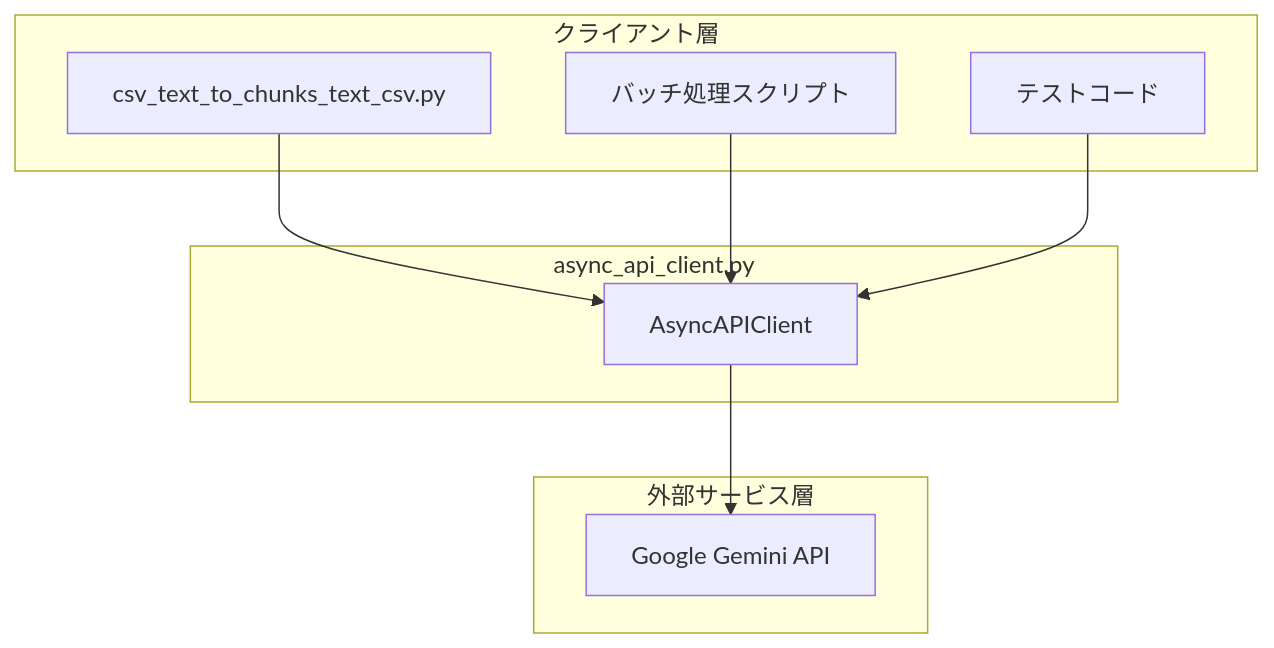
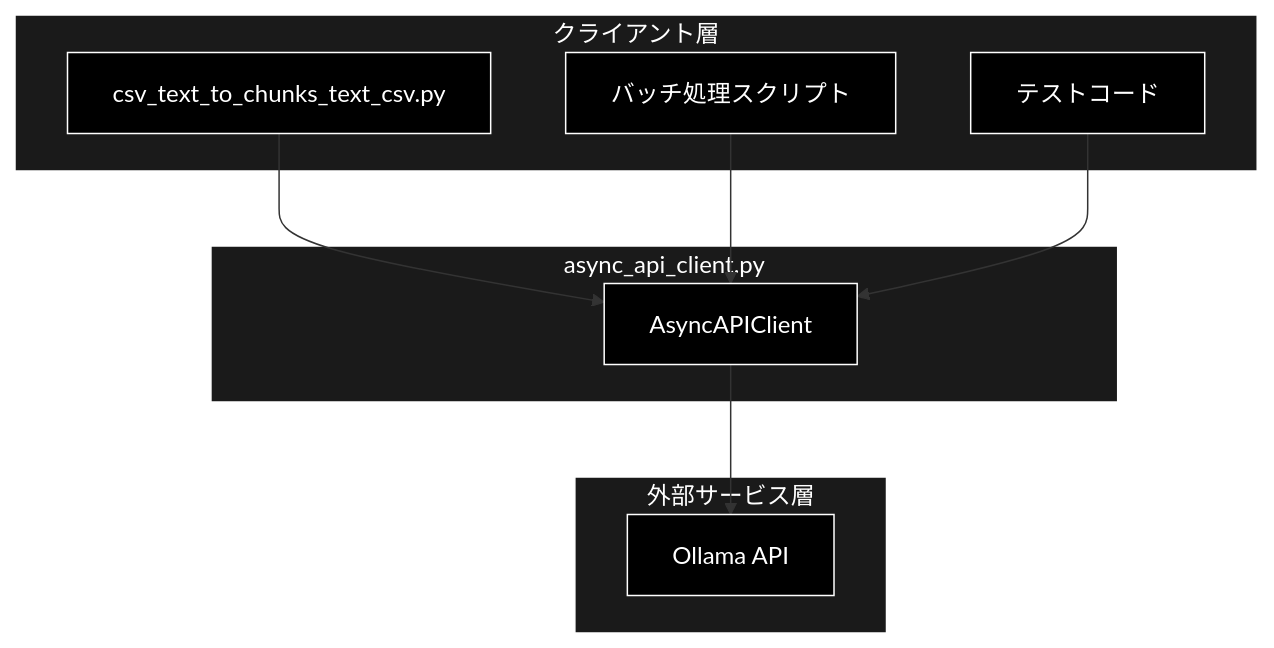
Before and after one commit to nakashima2toshio/ollama_grace_agent_v2: the first of 5 diagrams in chunking/doc/async_api_client.md, drawn with Mermaid. The commit also changed other lines of this file and 13 other files, not shown here.

First line of the commit message:
chunking: Ollama ネイティブ化（コード/コメント/ドキュメントの Gemini→Ollama 全面置換）

````diff
--- a/chunking/doc/async_api_client.md
+++ b/chunking/doc/async_api_client.md
@@ -54,21 +57,27 @@
 ```mermaid
 flowchart TB
     subgraph CLIENT["クライアント層"]
         CHUNKER[csv_text_to_chunks_text_csv.py]
         BATCH[バッチ処理スクリプト]
         TEST[テストコード]
     end
 
     subgraph MODULE["async_api_client.py"]
         ASYNC_CLIENT[AsyncAPIClient]
     end
 
     subgraph EXTERNAL["外部サービス層"]
-        GEMINI[Google Gemini API]
+        GEMINI["Ollama API"]
     end
 
     CHUNKER --> ASYNC_CLIENT
     BATCH --> ASYNC_CLIENT
     TEST --> ASYNC_CLIENT
     ASYNC_CLIENT --> GEMINI
+classDef default fill:#000,stroke:#fff,color:#fff
+classDef subgraphStyle fill:#1a1a1a,stroke:#fff,color:#fff
+class CHUNKER,BATCH,TEST,ASYNC_CLIENT,GEMINI default
+style CLIENT fill:#1a1a1a,stroke:#fff,color:#fff
+style MODULE fill:#1a1a1a,stroke:#fff,color:#fff
+style EXTERNAL fill:#1a1a1a,stroke:#fff,color:#fff
 ```
````
